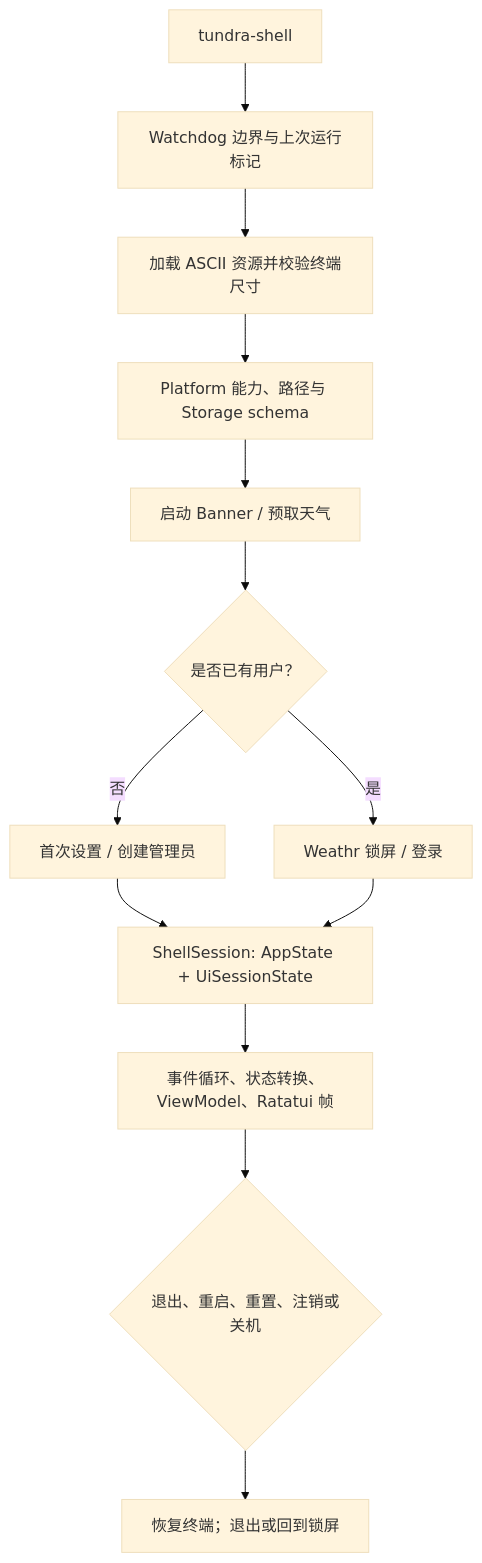
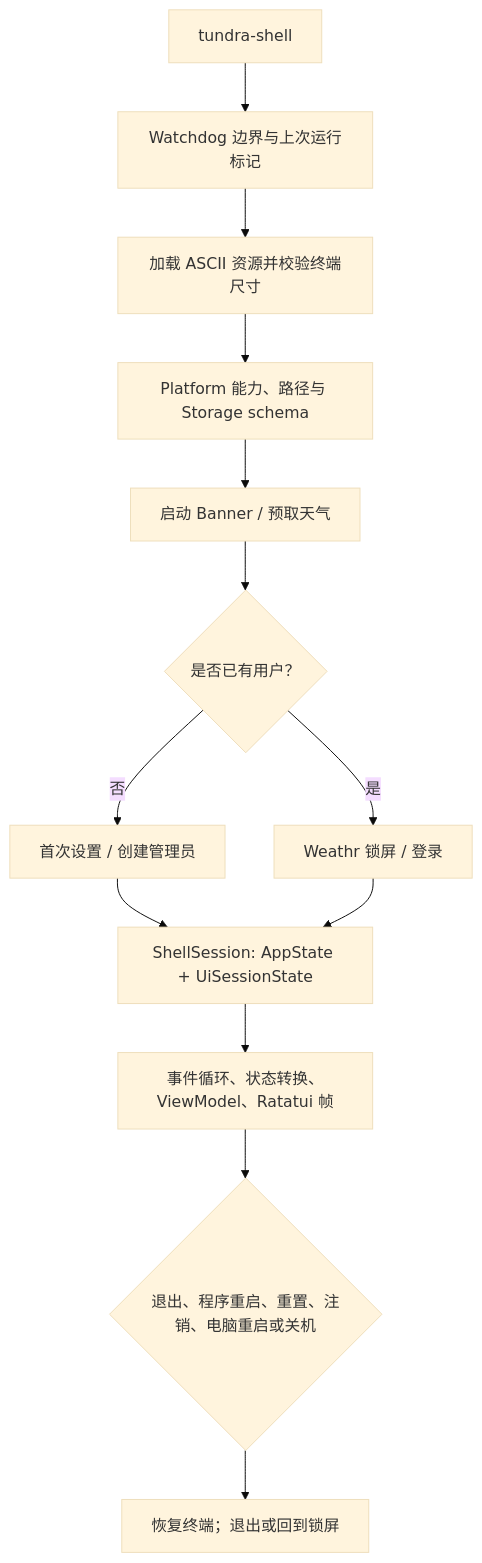
The first of 3 diagrams in README-TECHNICAL.md (peixuanthomas/TundraUX3), drawn with Mermaid (base theme) before and after one commit. The commit also changed other lines of this file and 6 other files, not shown here.

````diff
--- a/README-TECHNICAL.md
+++ b/README-TECHNICAL.md
@@ -100,15 +100,15 @@
 ```mermaid
 flowchart TD
     A["tundra-shell"] --> B["Watchdog 边界与上次运行标记"]
     B --> C["加载 ASCII 资源并校验终端尺寸"]
     C --> D["Platform 能力、路径与 Storage schema"]
     D --> E["启动 Banner / 预取天气"]
     E --> F{"是否已有用户？"}
     F -- "否" --> G["首次设置 / 创建管理员"]
     F -- "是" --> H["Weathr 锁屏 / 登录"]
     G --> I["ShellSession: AppState + UiSessionState"]
     H --> I
     I --> J["事件循环、状态转换、ViewModel、Ratatui 帧"]
-    J --> K{"退出、重启、重置、注销或关机"}
+    J --> K{"退出、程序重启、重置、注销、电脑重启或关机"}
     K --> L["恢复终端；退出或回到锁屏"]
 ```
````
